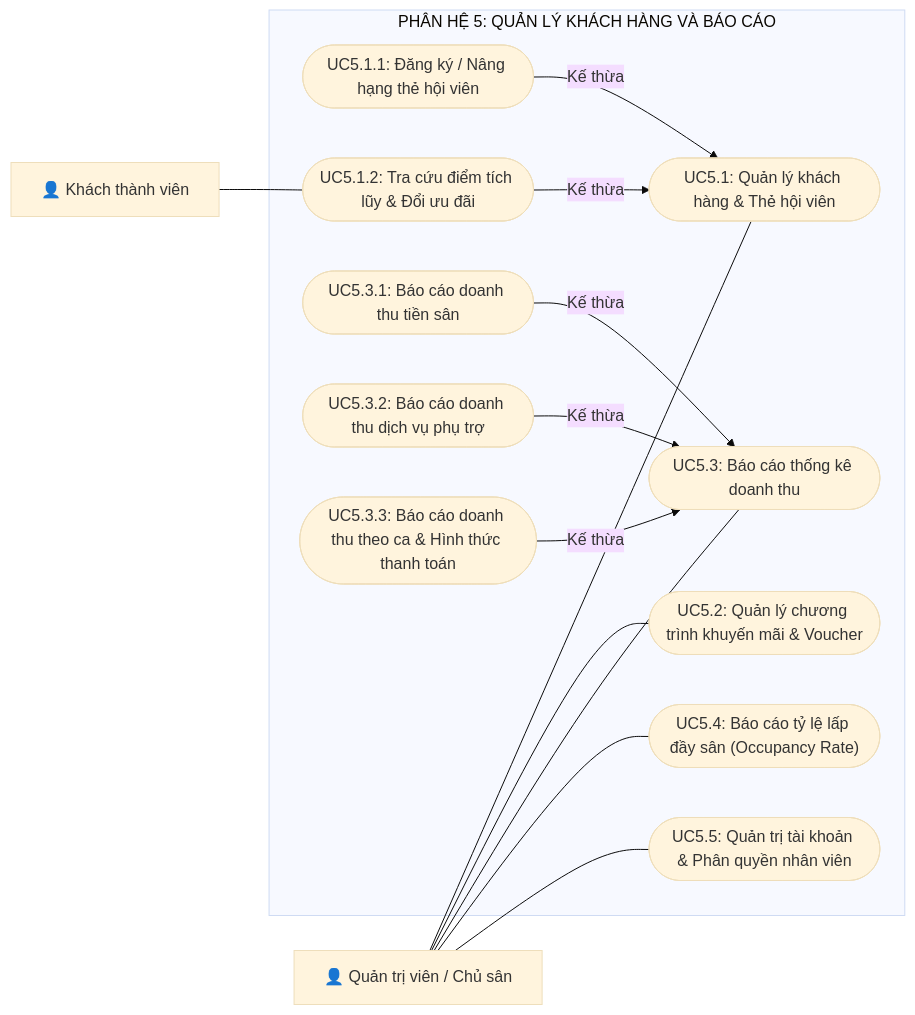
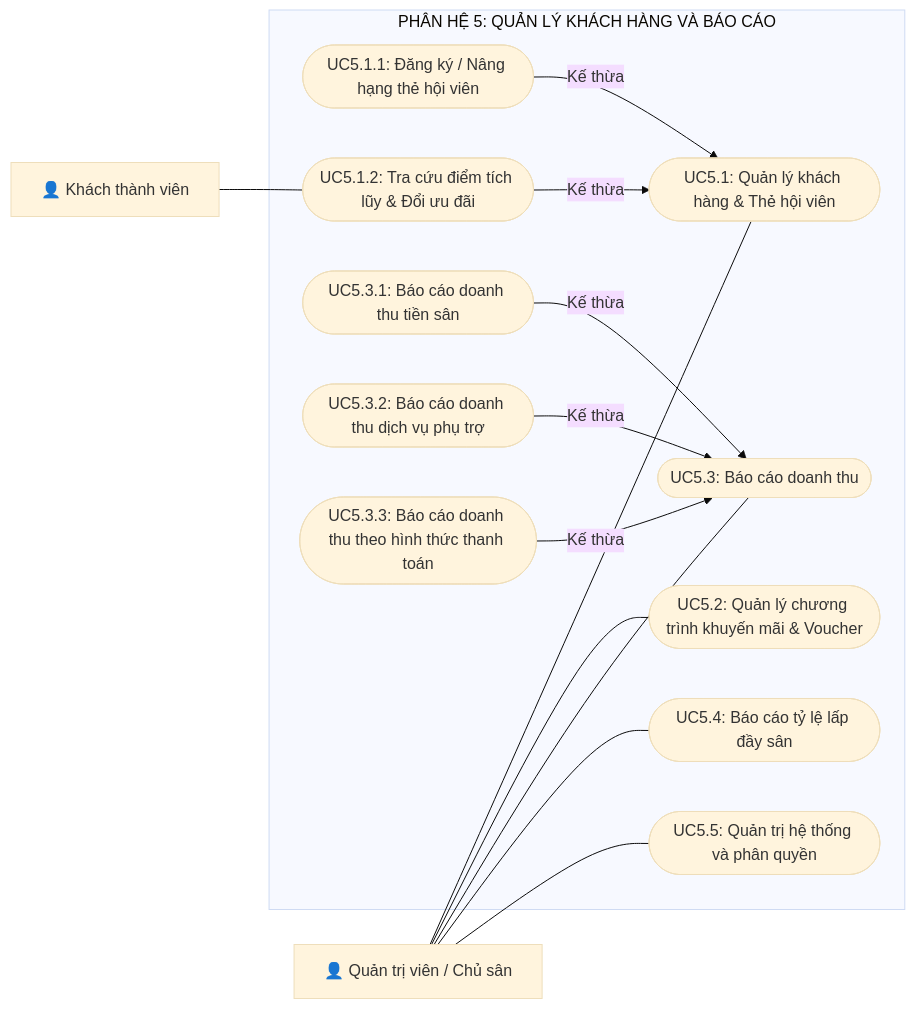
The seventh of 7 diagrams in BTH/BTH3_UsecaseDiagram/BTH3_UsecaseDiagram.md (nphat-code/DoAn-OOAD-SGU), drawn with Mermaid (base theme) before and after one commit. The commit also changed other lines of this file, not shown here.

````diff
--- a/BTH/BTH3_UsecaseDiagram/BTH3_UsecaseDiagram.md
+++ b/BTH/BTH3_UsecaseDiagram/BTH3_UsecaseDiagram.md
@@ -277,36 +277,36 @@
 ```mermaid
 flowchart LR
     Customer["👤 Khách thành viên"]
     Admin["👤 Quản trị viên / Chủ sân"]
 
     subgraph Subsystem5 ["PHÂN HỆ 5: QUẢN LÝ KHÁCH HÀNG VÀ BÁO CÁO"]
         UC51(["UC5.1: Quản lý khách hàng & Thẻ hội viên"])
         UC511(["UC5.1.1: Đăng ký / Nâng hạng thẻ hội viên"])
         UC512(["UC5.1.2: Tra cứu điểm tích lũy & Đổi ưu đãi"])
 
         UC52(["UC5.2: Quản lý chương trình khuyến mãi & Voucher"])
 
-        UC53(["UC5.3: Báo cáo thống kê doanh thu"])
+        UC53(["UC5.3: Báo cáo doanh thu"])
         UC531(["UC5.3.1: Báo cáo doanh thu tiền sân"])
         UC532(["UC5.3.2: Báo cáo doanh thu dịch vụ phụ trợ"])
-        UC533(["UC5.3.3: Báo cáo doanh thu theo ca & Hình thức thanh toán"])
+        UC533(["UC5.3.3: Báo cáo doanh thu theo hình thức thanh toán"])
 
-        UC54(["UC5.4: Báo cáo tỷ lệ lấp đầy sân (Occupancy Rate)"])
-        UC55(["UC5.5: Quản trị tài khoản & Phân quyền nhân viên"])
+        UC54(["UC5.4: Báo cáo tỷ lệ lấp đầy sân"])
+        UC55(["UC5.5: Quản trị hệ thống và phân quyền"])
     end
 
     Customer --- UC512
 
     Admin --- UC51
     Admin --- UC52
     Admin --- UC53
     Admin --- UC54
     Admin --- UC55
 
     UC511 -->|Kế thừa| UC51
     UC512 -->|Kế thừa| UC51
 
     UC531 -->|Kế thừa| UC53
     UC532 -->|Kế thừa| UC53
     UC533 -->|Kế thừa| UC53
 ```
````
